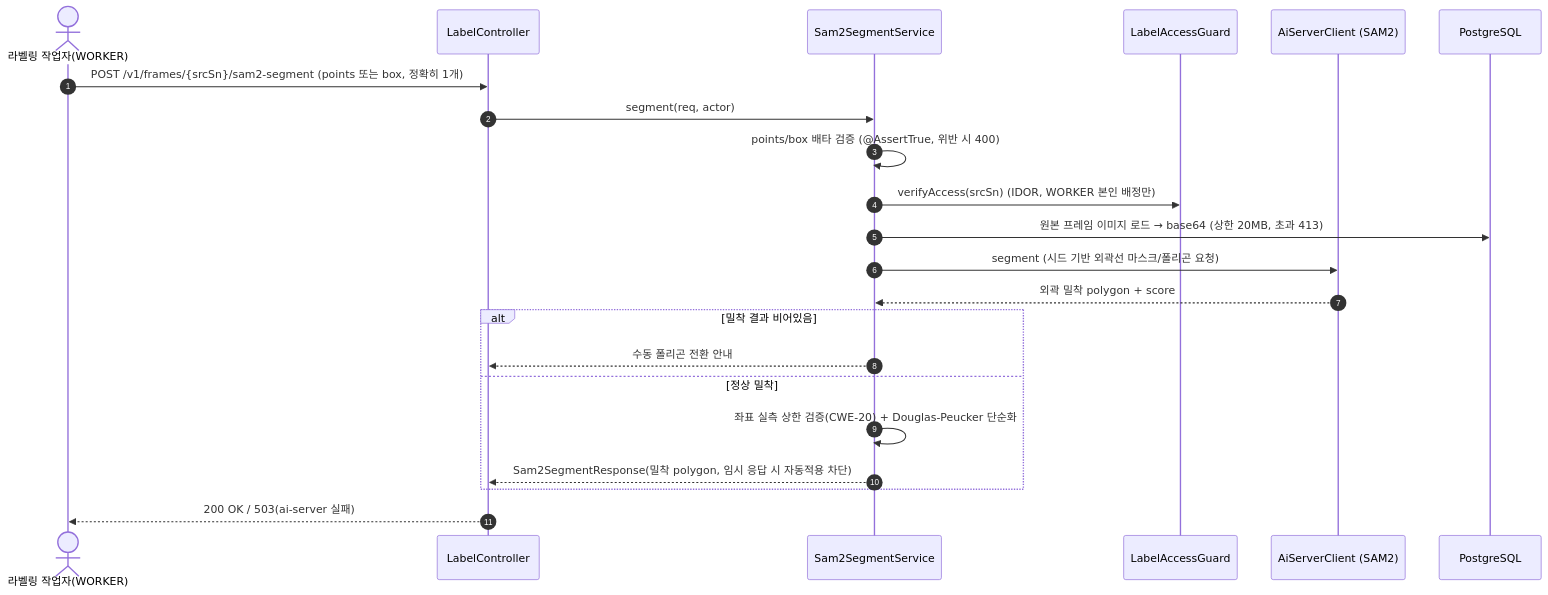
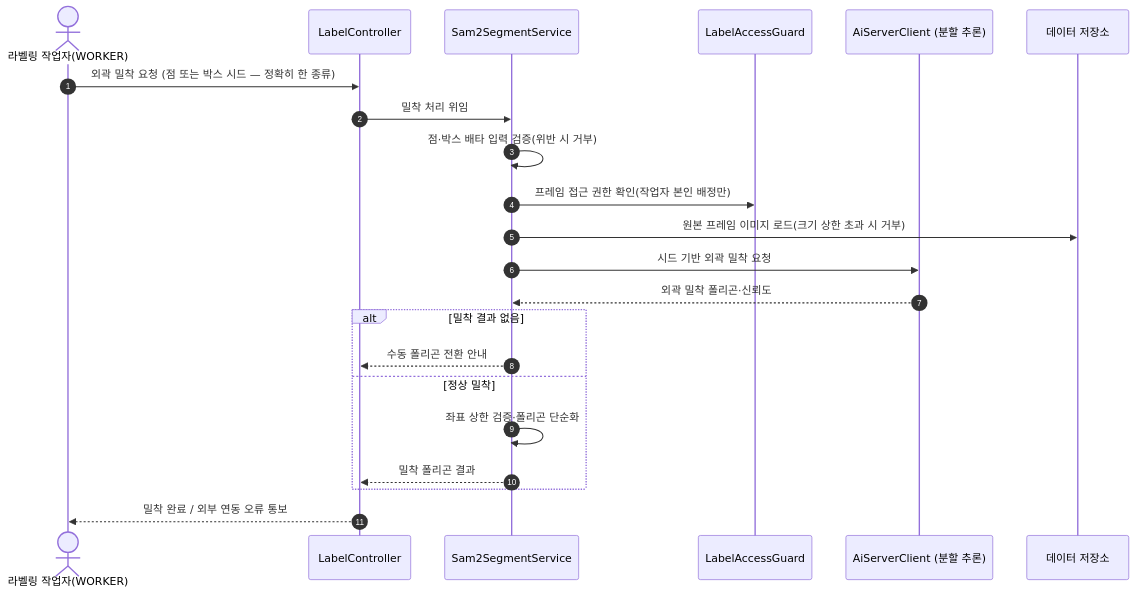
Before and after one commit to New-stella/klid-label: the fifth of 26 diagrams in docs/design/D1-클래스설계서.md, drawn with Mermaid. The commit also changed other lines of this file and 32 other files, not shown here.

````diff
--- a/docs/design/D1-클래스설계서.md
+++ b/docs/design/D1-클래스설계서.md
@@ -379,24 +354,24 @@
 ```mermaid
 sequenceDiagram
     autonumber
     actor WK as 라벨링 작업자(WORKER)
     participant LC as LabelController
     participant SSS as Sam2SegmentService
     participant AG as LabelAccessGuard
-    participant AI as AiServerClient (SAM2)
-    participant DB as PostgreSQL
-    WK->>LC: POST /v1/frames/{srcSn}/sam2-segment (points 또는 box, 정확히 1개)
-    LC->>SSS: segment(req, actor)
-    SSS->>SSS: points/box 배타 검증 (@AssertTrue, 위반 시 400)
-    SSS->>AG: verifyAccess(srcSn) (IDOR, WORKER 본인 배정만)
-    SSS->>DB: 원본 프레임 이미지 로드 → base64 (상한 20MB, 초과 413)
-    SSS->>AI: segment (시드 기반 외곽선 마스크/폴리곤 요청)
-    AI-->>SSS: 외곽 밀착 polygon + score
-    alt 밀착 결과 비어있음
+    participant AI as AiServerClient (분할 추론)
+    participant DB as 데이터 저장소
+    WK->>LC: 외곽 밀착 요청 (점 또는 박스 시드 — 정확히 한 종류)
+    LC->>SSS: 밀착 처리 위임
+    SSS->>SSS: 점·박스 배타 입력 검증(위반 시 거부)
+    SSS->>AG: 프레임 접근 권한 확인(작업자 본인 배정만)
+    SSS->>DB: 원본 프레임 이미지 로드(크기 상한 초과 시 거부)
+    SSS->>AI: 시드 기반 외곽 밀착 요청
+    AI-->>SSS: 외곽 밀착 폴리곤·신뢰도
+    alt 밀착 결과 없음
         SSS-->>LC: 수동 폴리곤 전환 안내
     else 정상 밀착
-        SSS->>SSS: 좌표 실측 상한 검증(CWE-20) + Douglas-Peucker 단순화
-        SSS-->>LC: Sam2SegmentResponse(밀착 polygon, 임시 응답 시 자동적용 차단)
+        SSS->>SSS: 좌표 상한 검증·폴리곤 단순화
+        SSS-->>LC: 밀착 폴리곤 결과
     end
-    LC-->>WK: 200 OK / 503(ai-server 실패)
+    LC-->>WK: 밀착 완료 / 외부 연동 오류 통보
 ```
````
